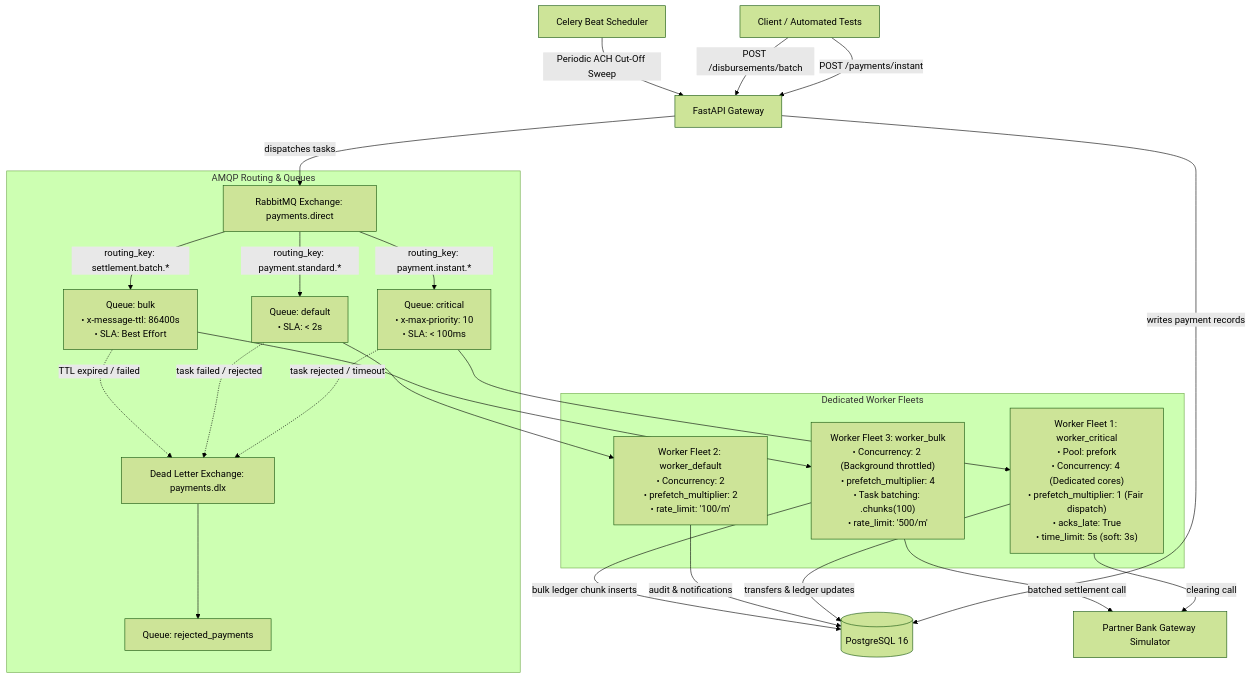
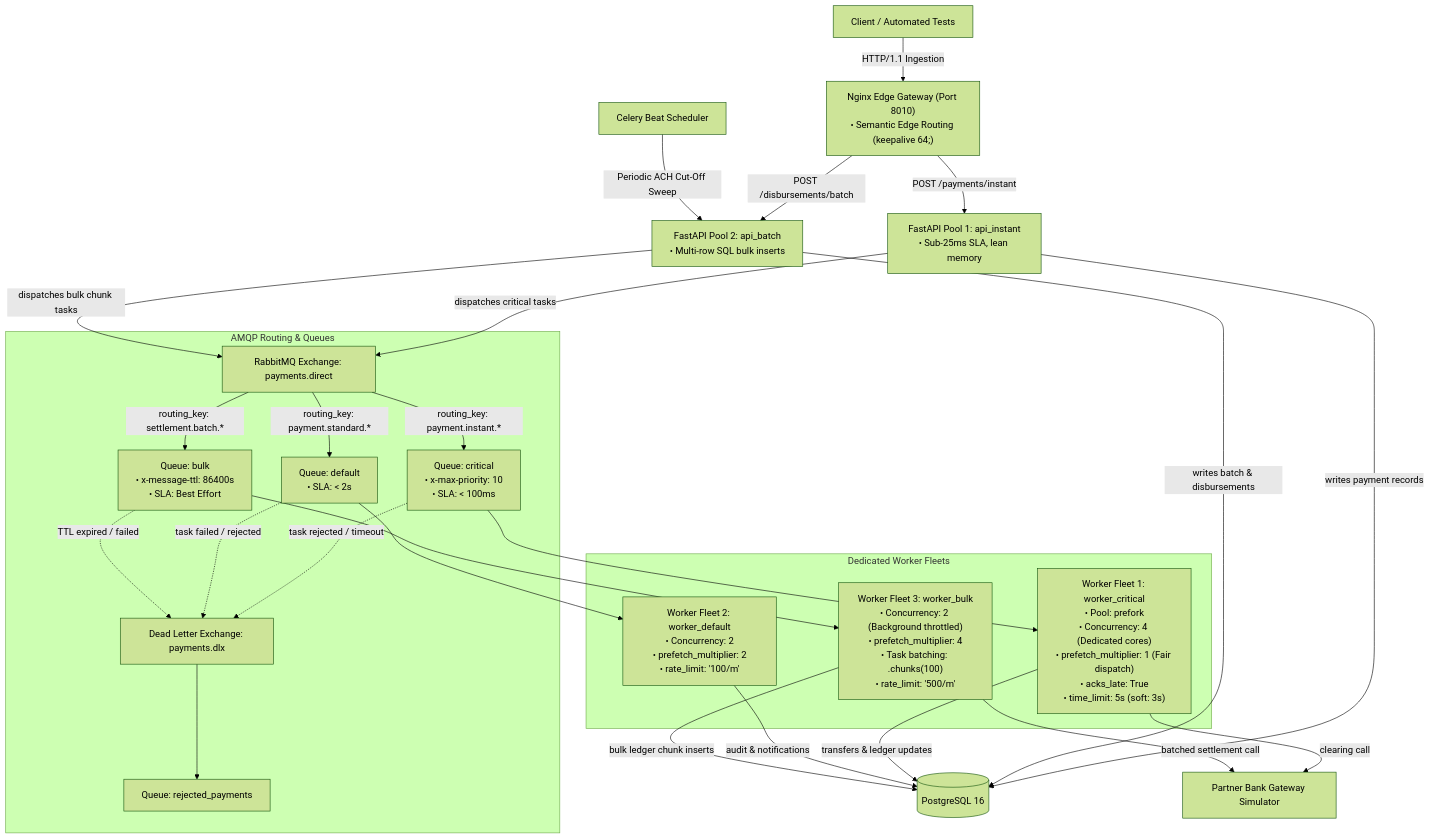
The second of 2 diagrams in Celery/2_Advanced_Celery_Topics/03_routing_and_capacity/README.md (Santiagus/Python), drawn with Mermaid (forest theme) before and after one commit. The commit also changed other lines of this file and 3 other files, not shown here.

Commit message:
docs(architecture): synchronize README, TEST_PLAN, USE_CASES, and report with Nginx edge routing and Golden Architecture

````diff
--- a/Celery/2_Advanced_Celery_Topics/03_routing_and_capacity/README.md
+++ b/Celery/2_Advanced_Celery_Topics/03_routing_and_capacity/README.md
@@ -101,34 +112,37 @@
 ```mermaid
 flowchart TD
-    Client["Client / Automated Tests"] -->|"POST /payments/instant"| API["FastAPI Gateway"]
-    Client -->|"POST /disbursements/batch"| API
-    Beat["Celery Beat Scheduler"] -->|"Periodic ACH Cut-Off Sweep"| API
+    Client["Client / Automated Tests"] -->|"HTTP/1.1 Ingestion"| Gateway["Nginx Edge Gateway (Port 8010)<br/>• Semantic Edge Routing (keepalive 64;)"]
+    Gateway -->|"POST /payments/instant"| API_I["FastAPI Pool 1: api_instant<br/>• Sub-25ms SLA, lean memory"]
+    Gateway -->|"POST /disbursements/batch"| API_B["FastAPI Pool 2: api_batch<br/>• Multi-row SQL bulk inserts"]
+    Beat["Celery Beat Scheduler"] -->|"Periodic ACH Cut-Off Sweep"| API_B
 
-    API -->|"writes payment records"| DB[("PostgreSQL 16")]
-    API -->|"dispatches tasks"| Broker["RabbitMQ Exchange: payments.direct"]
+    API_I -->|"writes payment records"| DB[("PostgreSQL 16")]
+    API_B -->|"writes batch & disbursements"| DB
+    API_I -->|"dispatches critical tasks"| Broker["RabbitMQ Exchange: payments.direct"]
+    API_B -->|"dispatches bulk chunk tasks"| Broker
 
     subgraph AMQPRouting ["AMQP Routing & Queues"]
         Broker -->|"routing_key: payment.instant.*"| QCrit["Queue: critical<br/>• x-max-priority: 10<br/>• SLA: &lt; 100ms"]
         Broker -->|"routing_key: payment.standard.*"| QDef["Queue: default<br/>• SLA: &lt; 2s"]
         Broker -->|"routing_key: settlement.batch.*"| QBulk["Queue: bulk<br/>• x-message-ttl: 86400s<br/>• SLA: Best Effort"]
 
         QCrit -.->|"task rejected / timeout"| DLX["Dead Letter Exchange: payments.dlx"]
         QDef -.->|"task failed / rejected"| DLX
         QBulk -.->|"TTL expired / failed"| DLX
         DLX --> QReject["Queue: rejected_payments"]
     end
 
     subgraph DedicatedWorkerFleets ["Dedicated Worker Fleets"]
         QCrit --> W_Crit["Worker Fleet 1: worker_critical<br/>• Pool: prefork<br/>• Concurrency: 4 (Dedicated cores)<br/>• prefetch_multiplier: 1 (Fair dispatch)<br/>• acks_late: True<br/>• time_limit: 5s (soft: 3s)"]
 
         QDef --> W_Def["Worker Fleet 2: worker_default<br/>• Concurrency: 2<br/>• prefetch_multiplier: 2<br/>• rate_limit: '100/m'"]
 
         QBulk --> W_Bulk["Worker Fleet 3: worker_bulk<br/>• Concurrency: 2 (Background throttled)<br/>• prefetch_multiplier: 4<br/>• Task batching: .chunks(100)<br/>• rate_limit: '500/m'"]
     end
 
     W_Crit -->|"transfers & ledger updates"| DB
     W_Def -->|"audit & notifications"| DB
     W_Bulk -->|"bulk ledger chunk inserts"| DB
     W_Crit -->|"clearing call"| BankSim["Partner Bank Gateway Simulator"]
     W_Bulk -->|"batched settlement call"| BankSim
 ```
````
